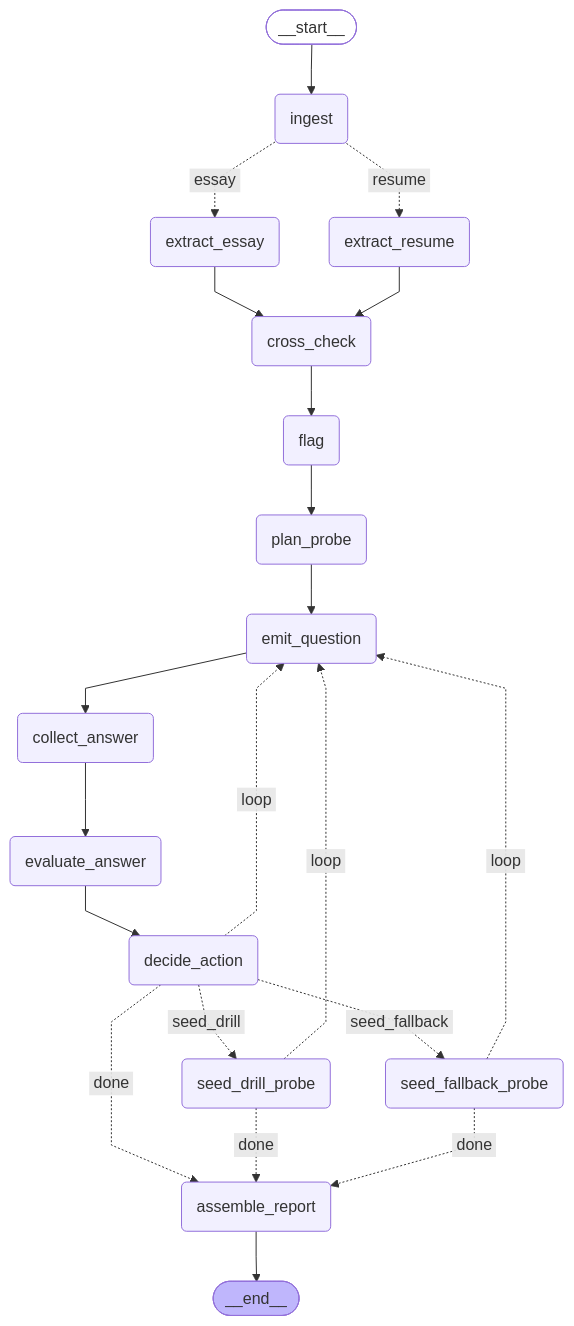
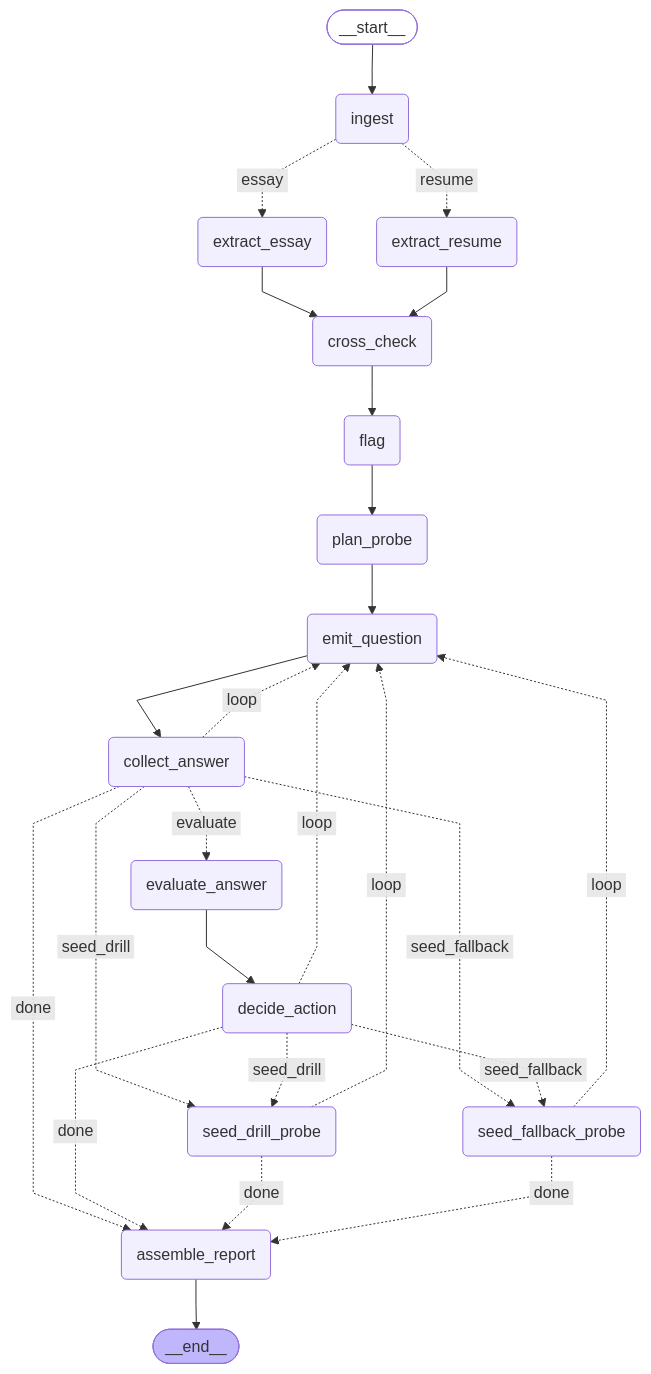
Before and after one commit to sam2746/hiremindset: the diagram in docs/graph.mmd, drawn with Mermaid. The commit also changed 12 other files, not shown here.

First line of the commit message:
feat(graph,api,ui): 답변 입력 화면에서 즉시 통과(평가 생략)

```diff
--- a/docs/graph.mmd
+++ b/docs/graph.mmd
@@ -1,44 +1,48 @@
 ---
 config:
   flowchart:
     curve: linear
 ---
 graph TD;
 	__start__([<p>__start__</p>]):::first
 	ingest(ingest)
 	extract_resume(extract_resume)
 	extract_essay(extract_essay)
 	cross_check(cross_check)
 	flag(flag)
 	plan_probe(plan_probe)
 	emit_question(emit_question)
 	collect_answer(collect_answer)
 	evaluate_answer(evaluate_answer)
 	decide_action(decide_action)
 	seed_fallback_probe(seed_fallback_probe)
 	seed_drill_probe(seed_drill_probe)
 	assemble_report(assemble_report)
 	__end__([<p>__end__</p>]):::last
 	__start__ --> ingest;
-	collect_answer --> evaluate_answer;
+	collect_answer -. &nbsp;done&nbsp; .-> assemble_report;
+	collect_answer -. &nbsp;loop&nbsp; .-> emit_question;
+	collect_answer -. &nbsp;evaluate&nbsp; .-> evaluate_answer;
+	collect_answer -. &nbsp;seed_drill&nbsp; .-> seed_drill_probe;
+	collect_answer -. &nbsp;seed_fallback&nbsp; .-> seed_fallback_probe;
 	cross_check --> flag;
 	decide_action -. &nbsp;done&nbsp; .-> assemble_report;
 	decide_action -. &nbsp;loop&nbsp; .-> emit_question;
 	decide_action -. &nbsp;seed_drill&nbsp; .-> seed_drill_probe;
 	decide_action -. &nbsp;seed_fallback&nbsp; .-> seed_fallback_probe;
 	emit_question --> collect_answer;
 	evaluate_answer --> decide_action;
 	extract_essay --> cross_check;
 	extract_resume --> cross_check;
 	flag --> plan_probe;
 	ingest -. &nbsp;essay&nbsp; .-> extract_essay;
 	ingest -. &nbsp;resume&nbsp; .-> extract_resume;
 	plan_probe --> emit_question;
 	seed_drill_probe -. &nbsp;done&nbsp; .-> assemble_report;
 	seed_drill_probe -. &nbsp;loop&nbsp; .-> emit_question;
 	seed_fallback_probe -. &nbsp;done&nbsp; .-> assemble_report;
 	seed_fallback_probe -. &nbsp;loop&nbsp; .-> emit_question;
 	assemble_report --> __end__;
 	classDef default fill:#f2f0ff,line-height:1.2
 	classDef first fill-opacity:0
 	classDef last fill:#bfb6fc
```
